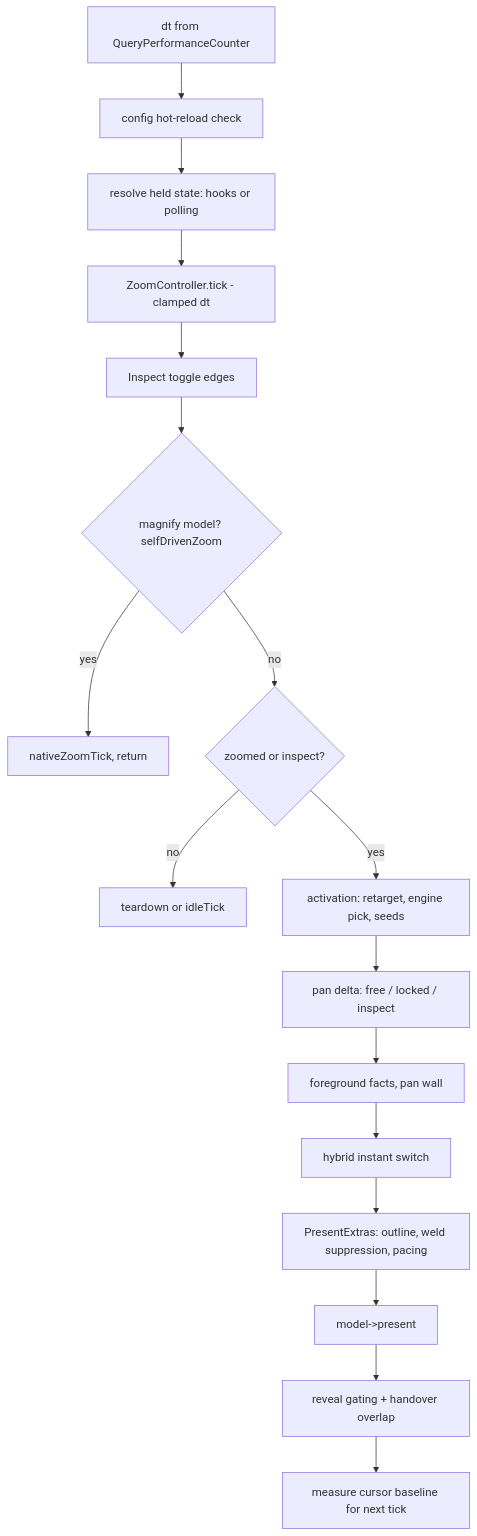
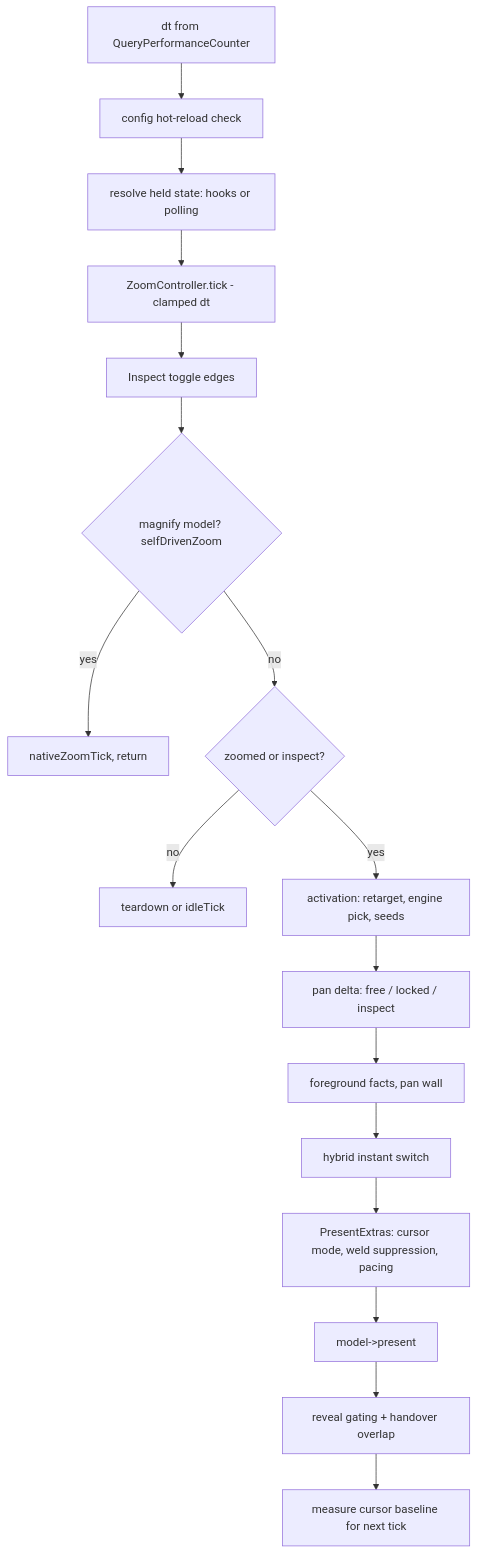
The diagram in docs/architecture/02-tick-loop.md (Maxaubert/Wind), drawn with Mermaid before and after one commit. The commit also changed other lines of this file and 19 other files, not shown here.

````diff
--- a/docs/architecture/02-tick-loop.md
+++ b/docs/architecture/02-tick-loop.md
@@ -26,19 +26,19 @@
 ```mermaid
 flowchart TD
   DT[dt from QueryPerformanceCounter] --> CFG[config hot-reload check]
   CFG --> HELD[resolve held state: hooks or polling]
   HELD --> ZOOM[ZoomController.tick - clamped dt]
   ZOOM --> INS[Inspect toggle edges]
   INS --> SELF{magnify model? selfDrivenZoom}
   SELF -- yes --> NZT[nativeZoomTick, return]
   SELF -- no --> ACT{zoomed or inspect?}
   ACT -- no --> IDLE[teardown or idleTick]
   ACT -- yes --> ENTER[activation: retarget, engine pick, seeds]
   ENTER --> PAN[pan delta: free / locked / inspect]
   PAN --> FG[foreground facts, pan wall]
   FG --> SWITCH[hybrid instant switch]
-  SWITCH --> EX[PresentExtras: outline, weld suppression, pacing]
+  SWITCH --> EX[PresentExtras: cursor mode, weld suppression, pacing]
   EX --> PRESENT[model->present]
   PRESENT --> REVEAL[reveal gating + handover overlap]
   REVEAL --> BASE[measure cursor baseline for next tick]
 ```
````
